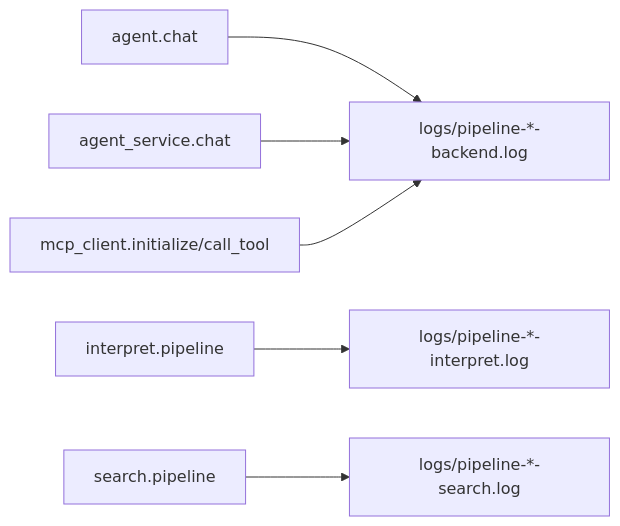
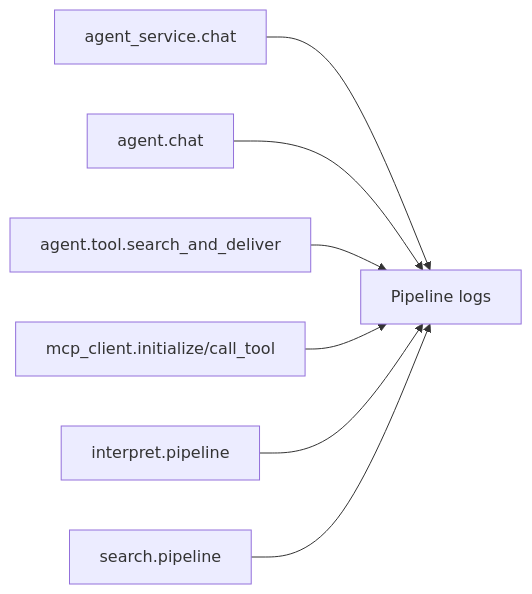
One commit to 11linear11/ShoppingAiAssistant changed the sixth of 6 diagrams in docs/fa/PIPELINES.md. Above: the diagram before and after it, drawn with Mermaid. The commit also changed other lines of this file and 10 other files, not shown here.

Commit message:
Rewrite full project docs with updated architecture schematics

````diff
--- a/docs/fa/PIPELINES.md
+++ b/docs/fa/PIPELINES.md
@@ -107,8 +137,9 @@
 ```mermaid
 flowchart LR
-  E1[agent.chat] --> A[logs/pipeline-*-backend.log]
-  E2[agent_service.chat] --> A
-  E3[mcp_client.initialize/call_tool] --> A
-  E4[interpret.pipeline] --> B[logs/pipeline-*-interpret.log]
-  E5[search.pipeline] --> C[logs/pipeline-*-search.log]
+  A1[agent_service.chat] --> L[Pipeline logs]
+  A2[agent.chat] --> L
+  A3[agent.tool.search_and_deliver] --> L
+  A4[mcp_client.initialize/call_tool] --> L
+  A5[interpret.pipeline] --> L
+  A6[search.pipeline] --> L
 ```
````
